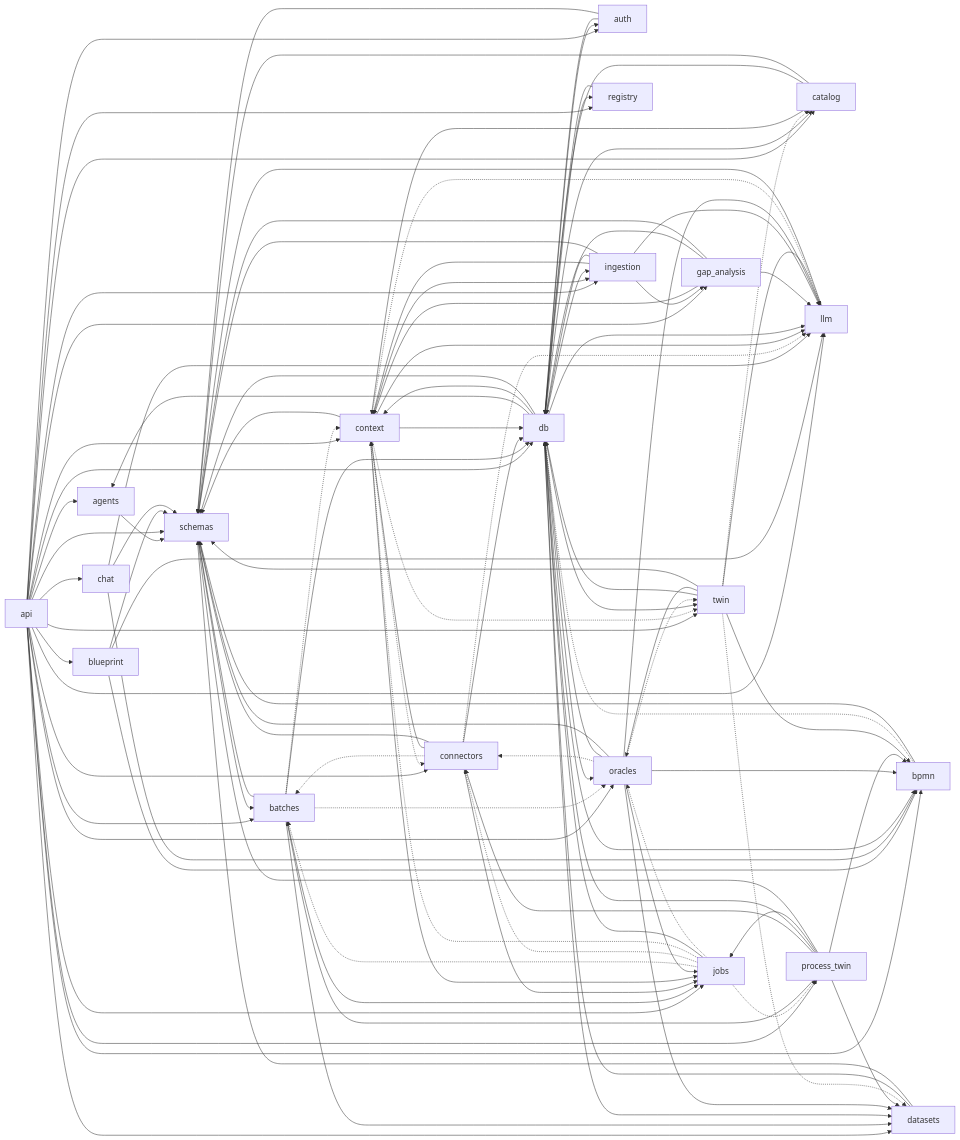
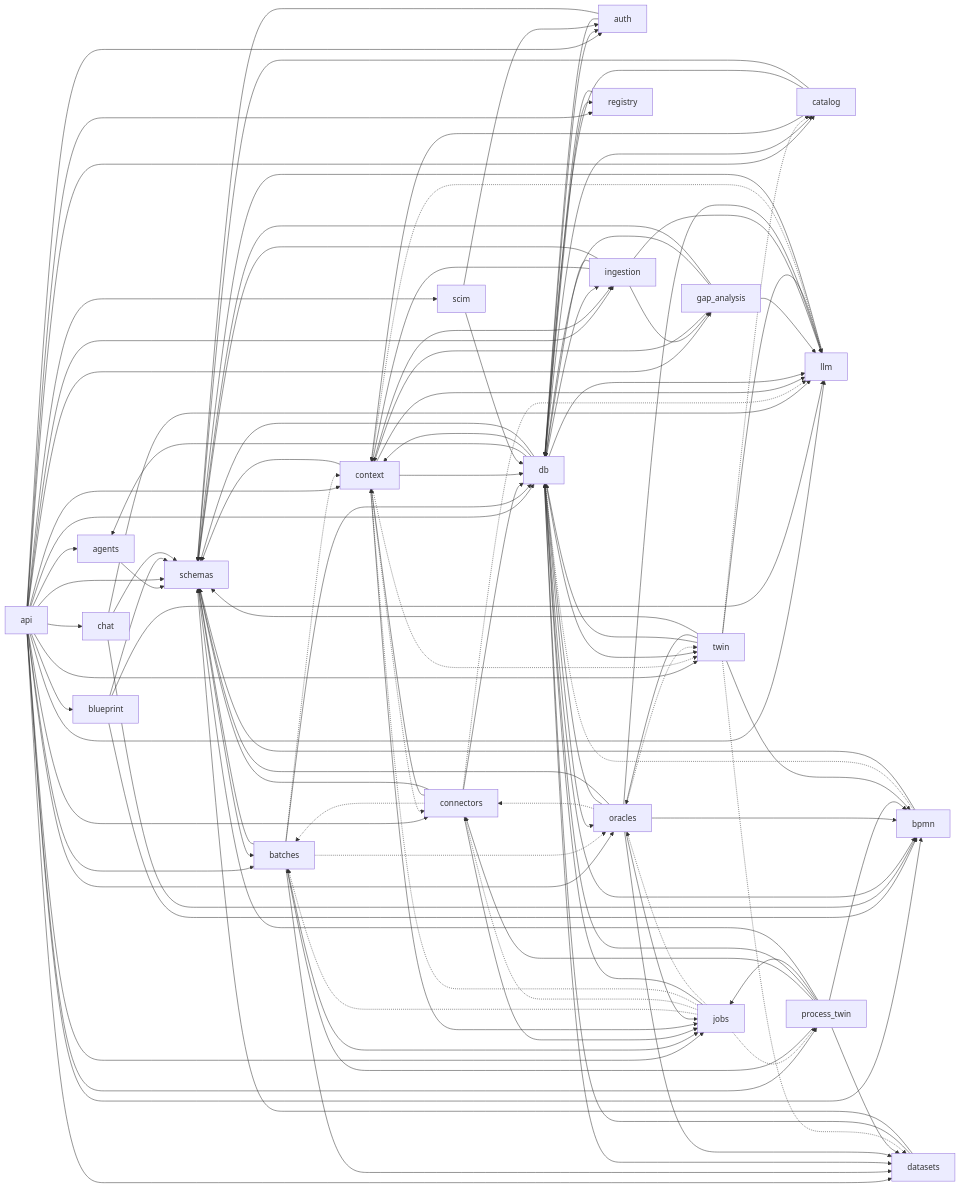
One commit to jayendukumar/agentify changed the third of 8 diagrams in docs/wiki/Architecture.md. Above: the diagram before and after it, drawn with Mermaid. The commit also changed other lines of this file and 40 other files, not shown here.

```diff
--- a/docs/wiki/Architecture.md
+++ b/docs/wiki/Architecture.md
@@ -137,6 +138,7 @@
     api --> process_twin
     api --> registry
     api --> schemas
+    api --> scim
     api --> twin
     auth --> db
     auth --> schemas
@@ -218,6 +220,8 @@
     process_twin --> schemas
     registry --> db
     schemas --> batches
+    scim --> auth
+    scim --> db
     twin --> bpmn
     twin -.-> catalog
     twin -.-> datasets
```
